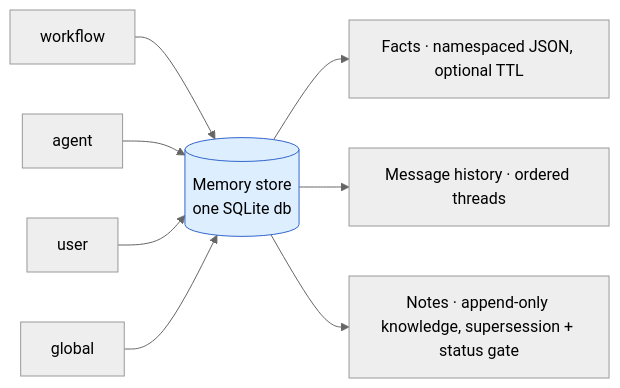
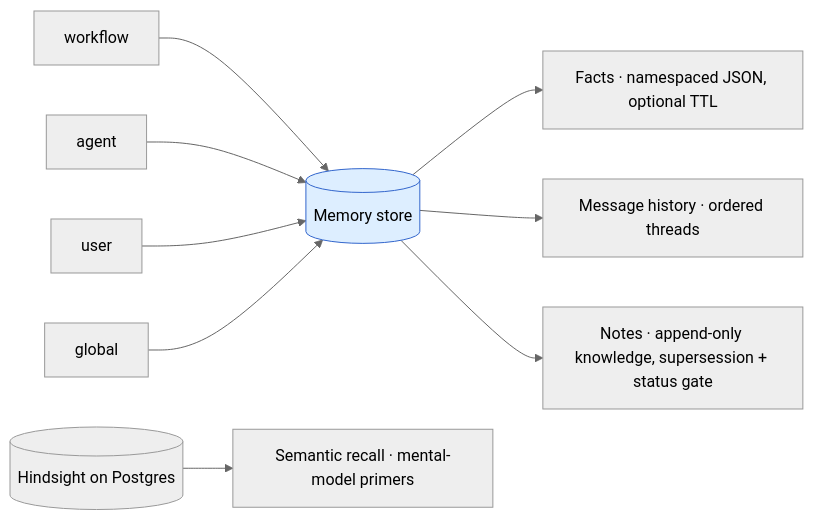
The first of 2 diagrams in docs/concepts/memory.mdx (codeplaneapp/smithers), drawn with Mermaid (neutral theme) before and after one commit. The commit also changed other lines of this file and 10 other files, not shown here.

````diff
--- a/docs/concepts/memory.mdx
+++ b/docs/concepts/memory.mdx
@@ -10,11 +10,12 @@
 ```mermaid
 flowchart LR
   W[workflow] --> ST
   AG[agent] --> ST
   U[user] --> ST
   GL[global] --> ST
-  ST[(Memory store<br/>one SQLite db)] --> F[Facts · namespaced JSON, optional TTL]
+  ST[(Memory store)] --> F[Facts · namespaced JSON, optional TTL]
   ST --> H[Message history · ordered threads]
   ST --> N[Notes · append-only knowledge, supersession + status gate]
+  HM[(Hindsight on Postgres)] --> R[Semantic recall · mental-model primers]
   style ST fill:#def,stroke:#36c
 ```
````
